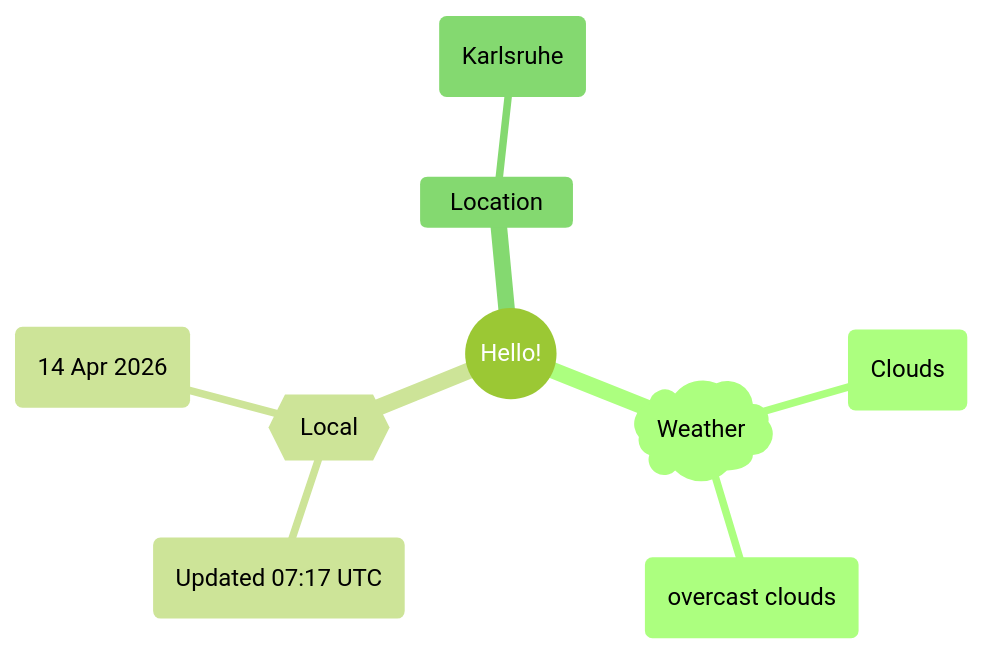
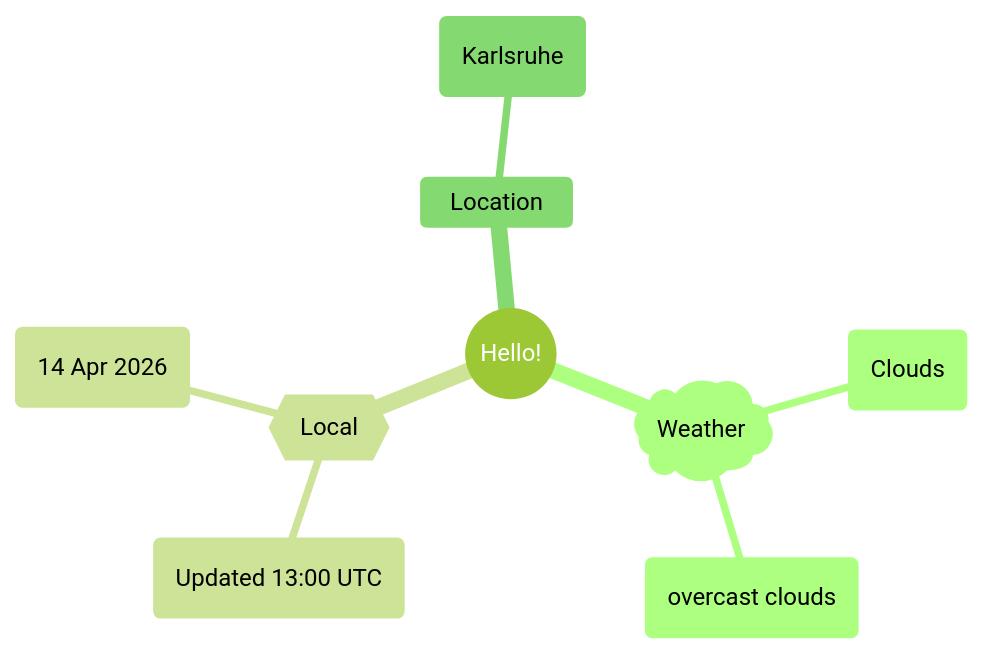
Before and after one commit to Xosrov/Xosrov: the first of 2 diagrams in README.md, drawn with Mermaid (forest theme).

Commit message:
[bot] updated images

````diff
--- a/README.md
+++ b/README.md
@@ -3,12 +3,12 @@
 ```mermaid
 mindmap
   root((Hello!))
     )Weather(
         (Clouds)
         (overcast clouds)
     {{Local}}
-        (Updated 07:17 UTC)
+        (Updated 13:00 UTC)
         (14 Apr 2026)
     Location
         (Karlsruhe)
 ```
````
